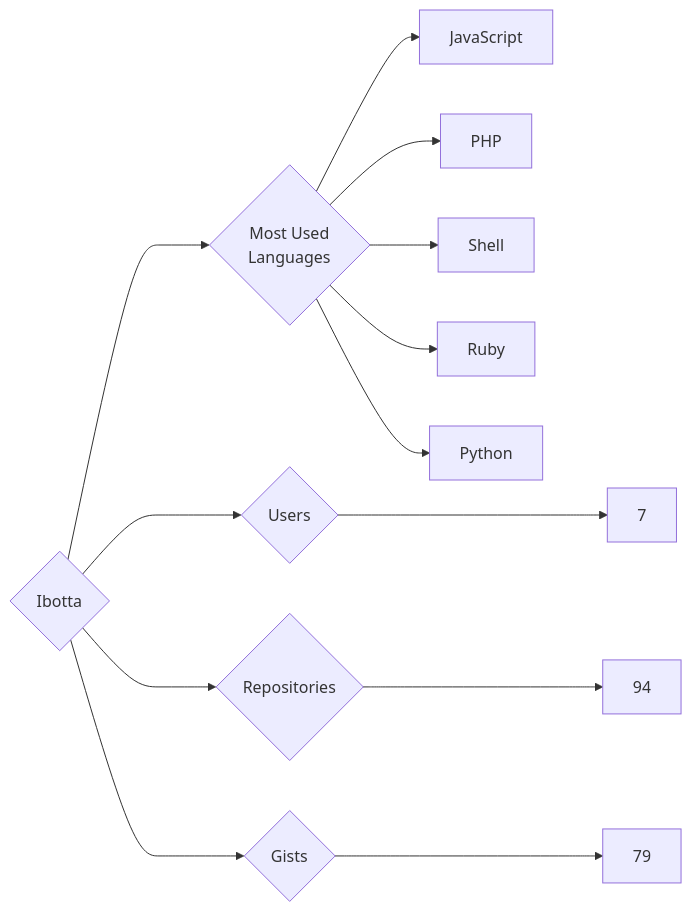
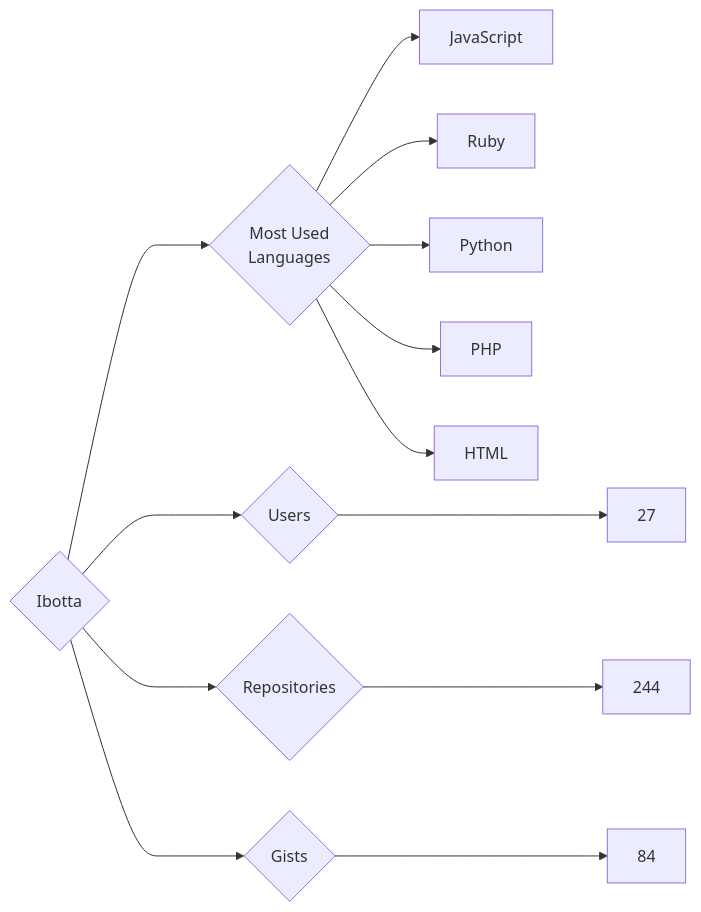
Before and after one commit to trickest/insiders: the diagram in targets/Ibotta/README.md, drawn with Mermaid. The commit also changed 882 other files, not shown here.

````diff
--- a/targets/Ibotta/README.md
+++ b/targets/Ibotta/README.md
@@ -3,13 +3,13 @@
 ```mermaid
 graph LR
 COMPANY_NAME{Ibotta}
-COMPANY_NAME ---> U{Users} ---> UN[7]
-COMPANY_NAME ---> R{Repositories} ---> RN[94]
-COMPANY_NAME ---> G{Gists} ---> GN[79]
+COMPANY_NAME ---> U{Users} ---> UN[27]
+COMPANY_NAME ---> R{Repositories} ---> RN[244]
+COMPANY_NAME ---> G{Gists} ---> GN[84]
 COMPANY_NAME ---> ML{Most Used<br>Languages}
 ML --> JavaScript[JavaScript]
-ML --> PHP[PHP]
-ML --> Shell[Shell]
 ML --> Ruby[Ruby]
 ML --> Python[Python]
+ML --> PHP[PHP]
+ML --> HTML[HTML]
 ```
````
